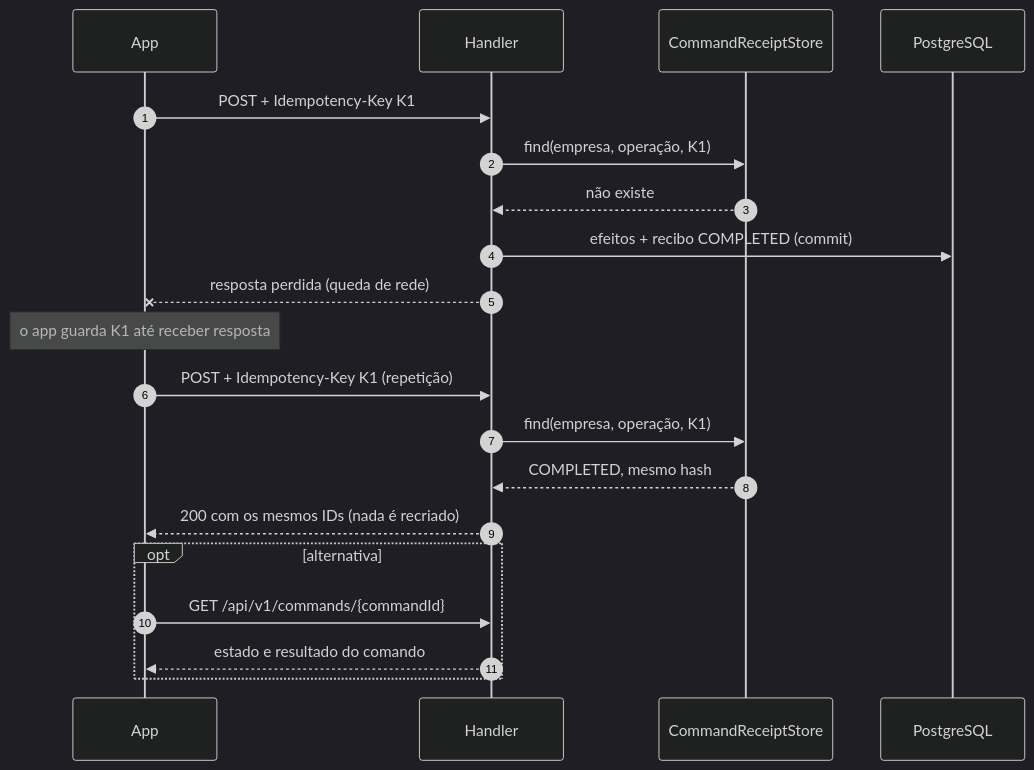
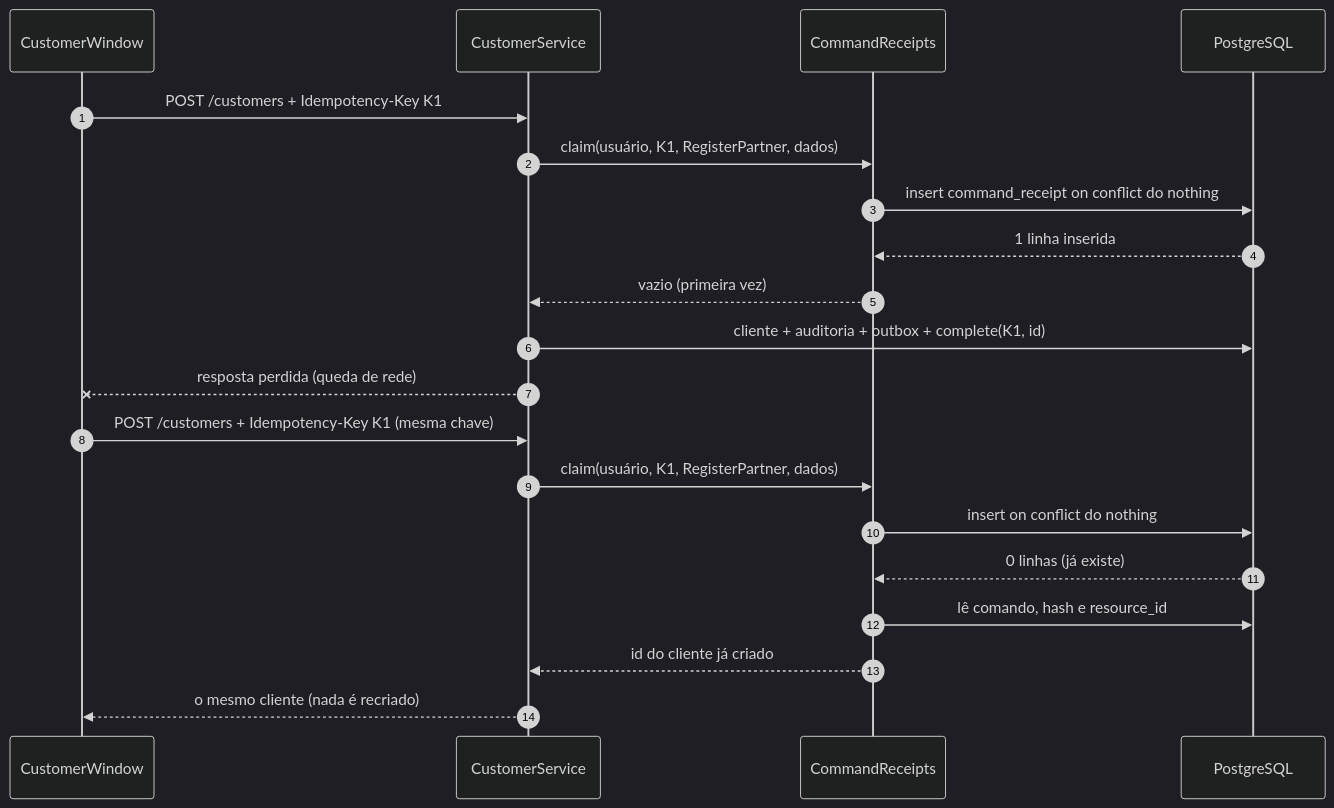
Diagram 12 of 27 in docs/backend/18-diagramas-de-atividades-e-sequencias.md (edsoncorralxxx-ui/ERP), drawn with Mermaid (dark theme) before and after one commit. The commit also changed other lines of this file and 8 other files, not shown here.

First line of the commit message:
Diagramas atualizados para a Sprint 2 e diagramas do sistema completo

````diff
--- a/docs/backend/18-diagramas-de-atividades-e-sequencias.md
+++ b/docs/backend/18-diagramas-de-atividades-e-sequencias.md
@@ -200,22 +304,22 @@
 ```mermaid
 sequenceDiagram
     autonumber
-    participant A as App
-    participant H as Handler
-    participant RC as CommandReceiptStore
+    participant A as CustomerWindow
+    participant S as CustomerService
+    participant RC as CommandReceipts
     participant DB as PostgreSQL
-    A->>H: POST + Idempotency-Key K1
-    H->>RC: find(empresa, operação, K1)
-    RC-->>H: não existe
-    H->>DB: efeitos + recibo COMPLETED (commit)
-    H--xA: resposta perdida (queda de rede)
-    Note over A: o app guarda K1 até receber resposta
-    A->>H: POST + Idempotency-Key K1 (repetição)
-    H->>RC: find(empresa, operação, K1)
-    RC-->>H: COMPLETED, mesmo hash
-    H-->>A: 200 com os mesmos IDs (nada é recriado)
-    opt alternativa
-        A->>H: GET /api/v1/commands/{commandId}
-        H-->>A: estado e resultado do comando
-    end
+    A->>S: POST /customers + Idempotency-Key K1
+    S->>RC: claim(usuário, K1, RegisterPartner, dados)
+    RC->>DB: insert command_receipt on conflict do nothing
+    DB-->>RC: 1 linha inserida
+    RC-->>S: vazio (primeira vez)
+    S->>DB: cliente + auditoria + outbox + complete(K1, id)
+    S--xA: resposta perdida (queda de rede)
+    A->>S: POST /customers + Idempotency-Key K1 (mesma chave)
+    S->>RC: claim(usuário, K1, RegisterPartner, dados)
+    RC->>DB: insert on conflict do nothing
+    DB-->>RC: 0 linhas (já existe)
+    RC->>DB: lê comando, hash e resource_id
+    RC-->>S: id do cliente já criado
+    S-->>A: o mesmo cliente (nada é recriado)
 ```
````
